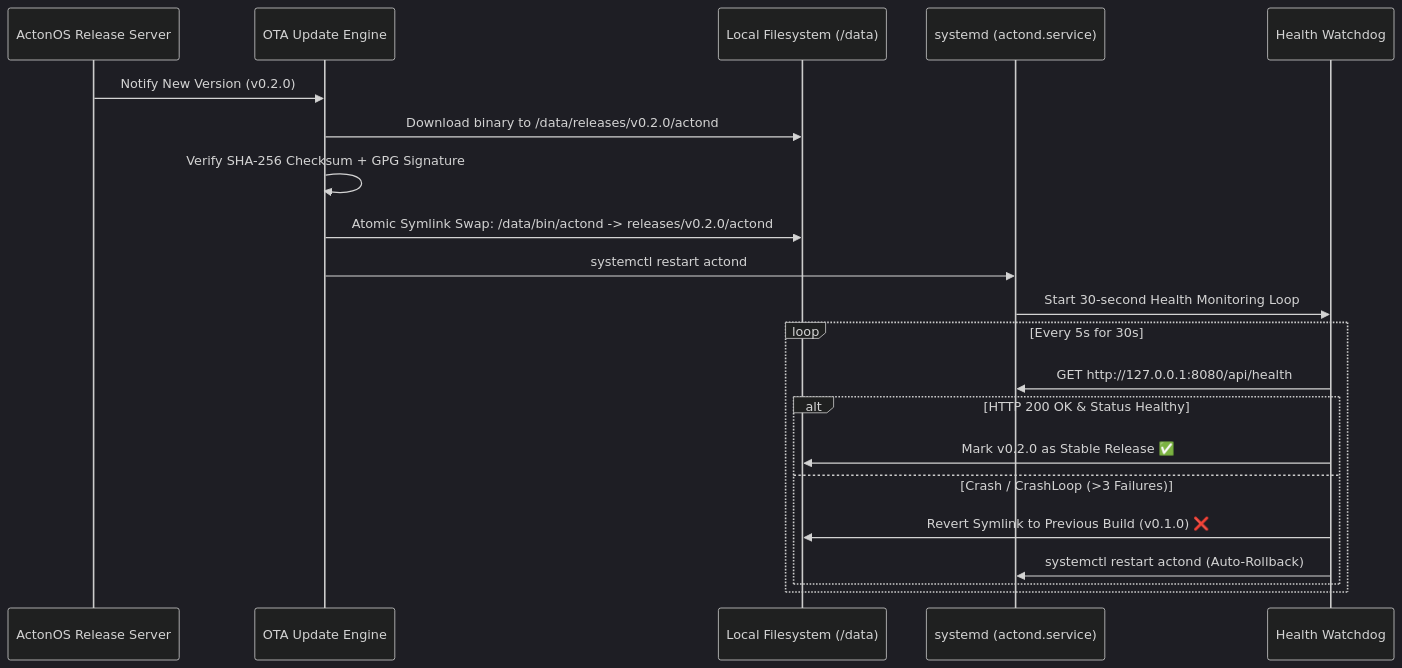
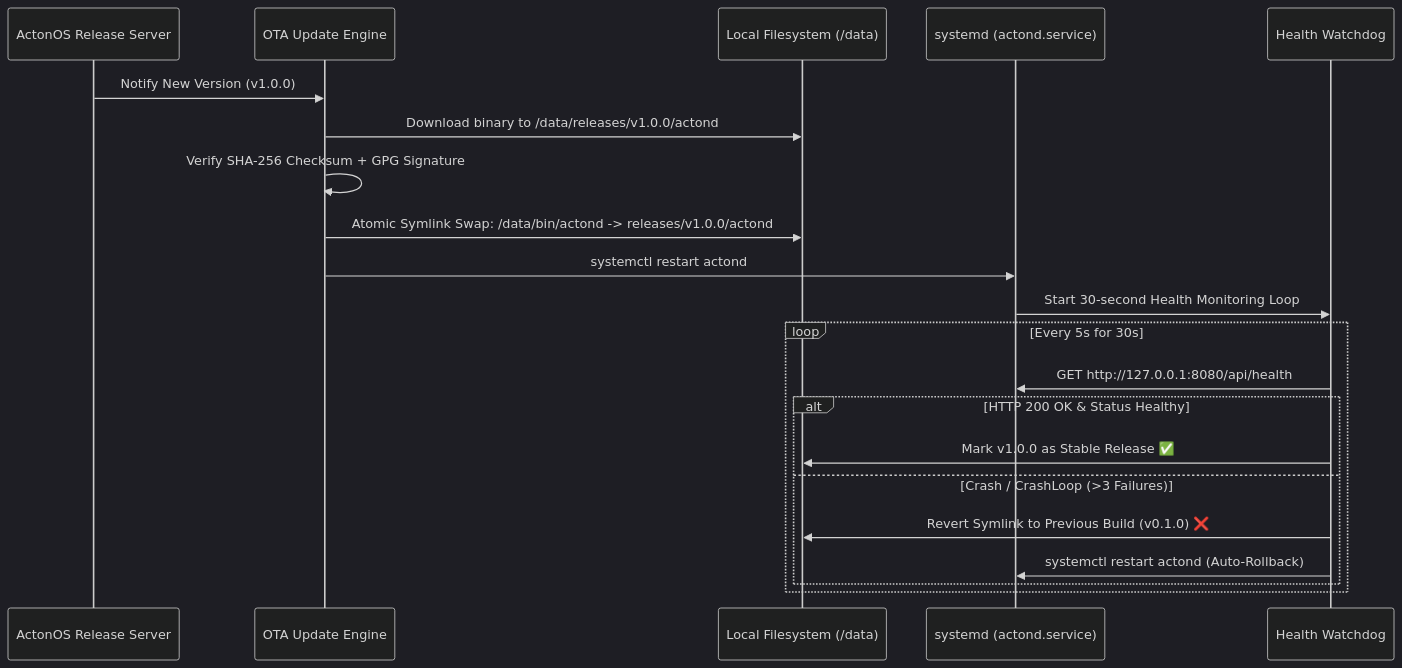
The diagram in docs/advanced-architecture/immutable-ota-updates.mdx (actonos/docs), drawn with Mermaid (dark theme) before and after one commit. The commit also changed other lines of this file and 47 other files, not shown here.

````diff
--- a/docs/advanced-architecture/immutable-ota-updates.mdx
+++ b/docs/advanced-architecture/immutable-ota-updates.mdx
@@ -12,25 +12,25 @@
 ```mermaid
 sequenceDiagram
     participant Cloud as ActonOS Release Server
     participant OTA as OTA Update Engine
     participant FS as Local Filesystem (/data)
     participant Sys as systemd (actond.service)
     participant WD as Health Watchdog
 
-    Cloud->>OTA: Notify New Version (v0.2.0)
-    OTA->>FS: Download binary to /data/releases/v0.2.0/actond
+    Cloud->>OTA: Notify New Version (v1.0.0)
+    OTA->>FS: Download binary to /data/releases/v1.0.0/actond
     OTA->>OTA: Verify SHA-256 Checksum + GPG Signature
-    OTA->>FS: Atomic Symlink Swap: /data/bin/actond -> releases/v0.2.0/actond
+    OTA->>FS: Atomic Symlink Swap: /data/bin/actond -> releases/v1.0.0/actond
     OTA->>Sys: systemctl restart actond
     Sys->>WD: Start 30-second Health Monitoring Loop
 
     loop Every 5s for 30s
         WD->>Sys: GET http://127.0.0.1:8080/api/health
         alt HTTP 200 OK & Status Healthy
-            WD->>FS: Mark v0.2.0 as Stable Release ✅
+            WD->>FS: Mark v1.0.0 as Stable Release ✅
         else Crash / CrashLoop (>3 Failures)
             WD->>FS: Revert Symlink to Previous Build (v0.1.0) ❌
             WD->>Sys: systemctl restart actond (Auto-Rollback)
         end
     end
 ```
````
